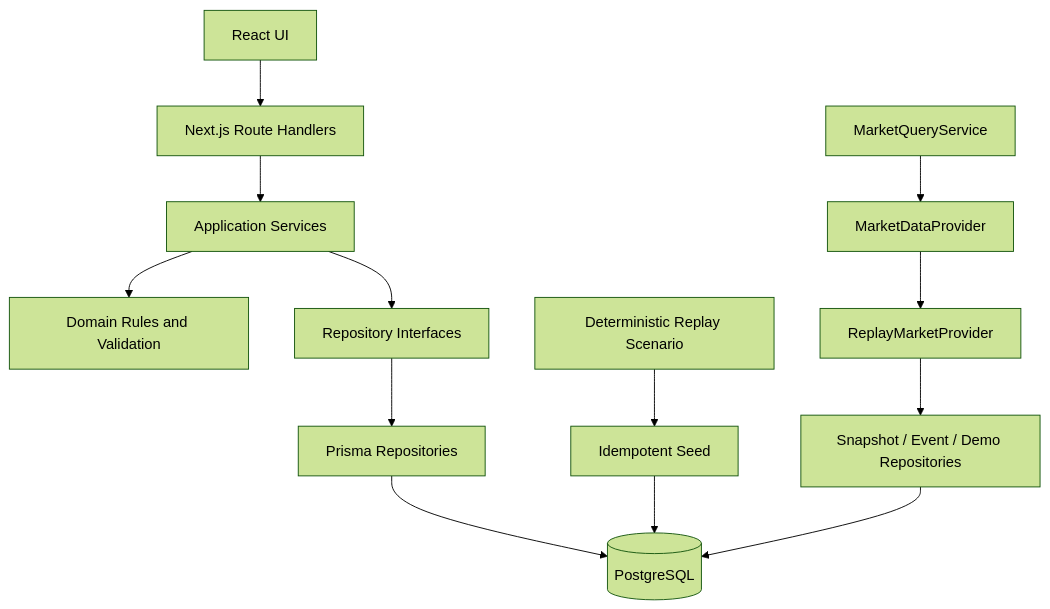
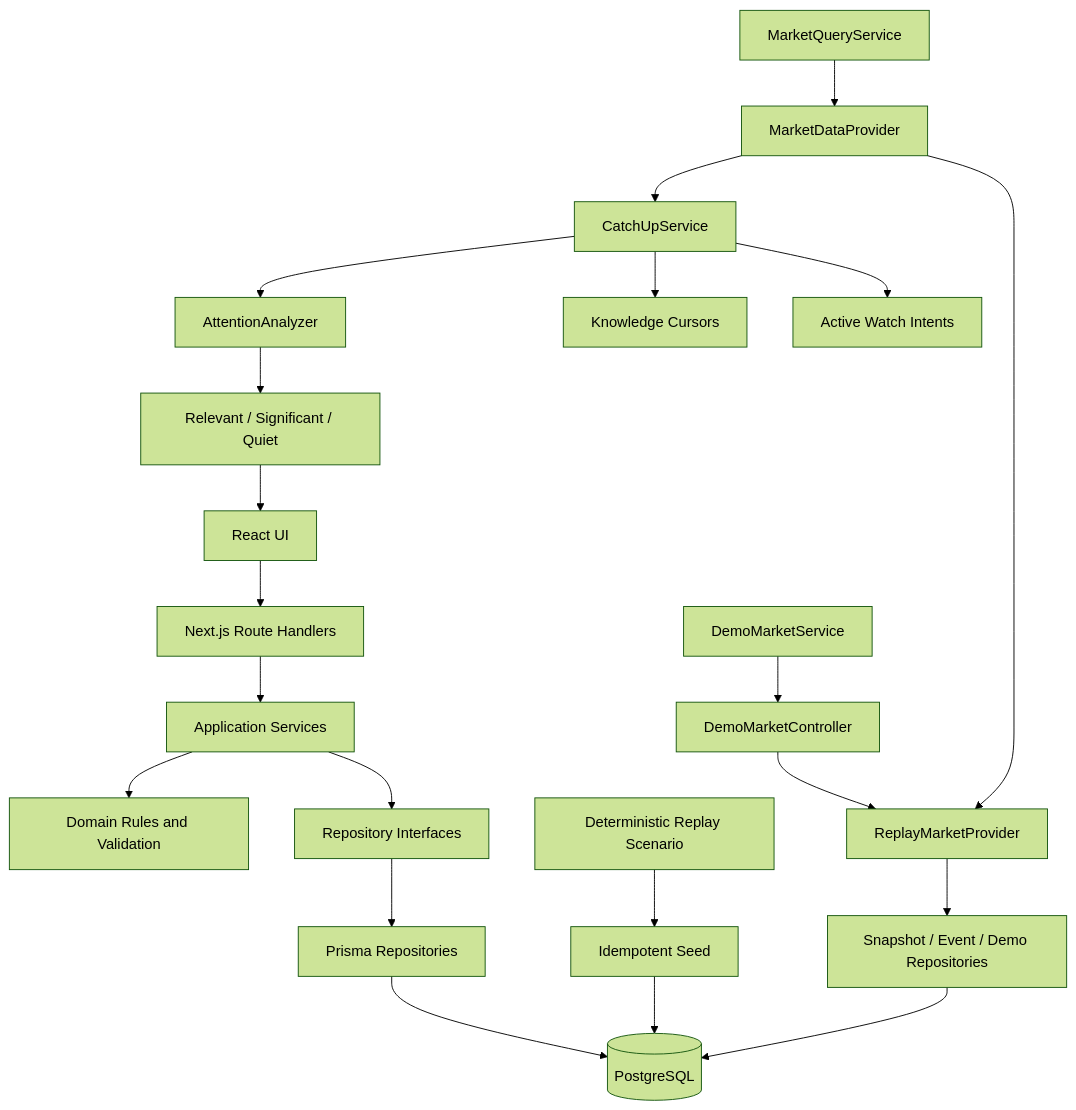
Before and after one commit to sneharc16/groww-delta: the diagram in docs/ARCHITECTURE.md, drawn with Mermaid (forest theme). The commit also changed other lines of this file and 52 other files, not shown here.

Commit message:
feat: implement meaningful catch-up attention engine

````diff
--- a/docs/ARCHITECTURE.md
+++ b/docs/ARCHITECTURE.md
@@ -5,16 +5,24 @@
 ```mermaid
 flowchart TD
   UI[React UI] --> API[Next.js Route Handlers]
   API --> Services[Application Services]
   Services --> Domain[Domain Rules and Validation]
   Services --> Repositories[Repository Interfaces]
   Repositories --> Prisma[Prisma Repositories]
   Prisma --> PostgreSQL[(PostgreSQL)]
 
   MarketQuery[MarketQueryService] --> Provider[MarketDataProvider]
+  DemoService[DemoMarketService] --> DemoControl[DemoMarketController]
+  DemoControl --> Replay
   Provider --> Replay[ReplayMarketProvider]
   Replay --> MarketRepos[Snapshot / Event / Demo Repositories]
+  Provider --> CatchUp[CatchUpService]
+  CatchUp --> Analyzer[AttentionAnalyzer]
+  CatchUp --> Cursor[Knowledge Cursors]
+  CatchUp --> Intents[Active Watch Intents]
+  Analyzer --> Lanes[Relevant / Significant / Quiet]
+  Lanes --> UI
   Fixture[Deterministic Replay Scenario] --> Seed[Idempotent Seed]
   Seed --> PostgreSQL
   MarketRepos --> PostgreSQL
 ```
````
